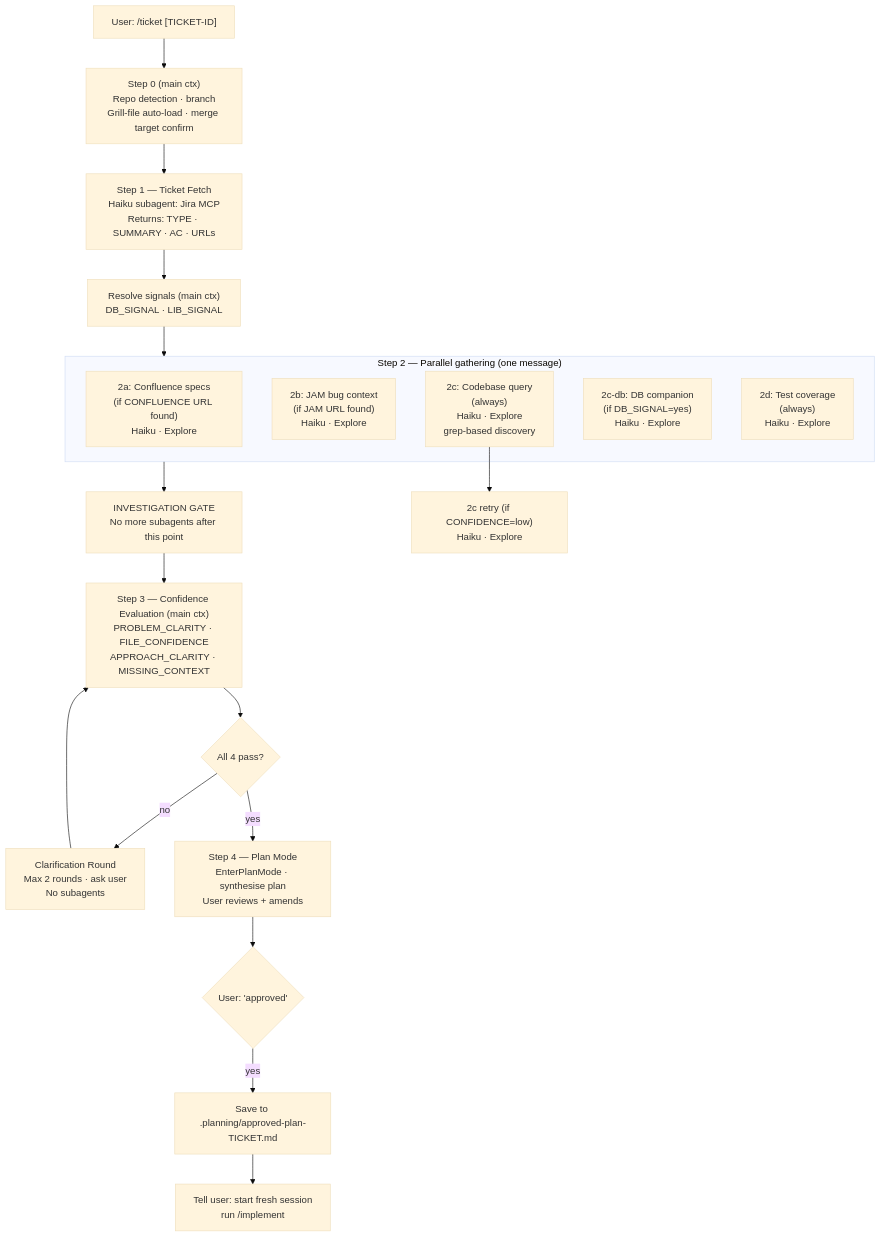
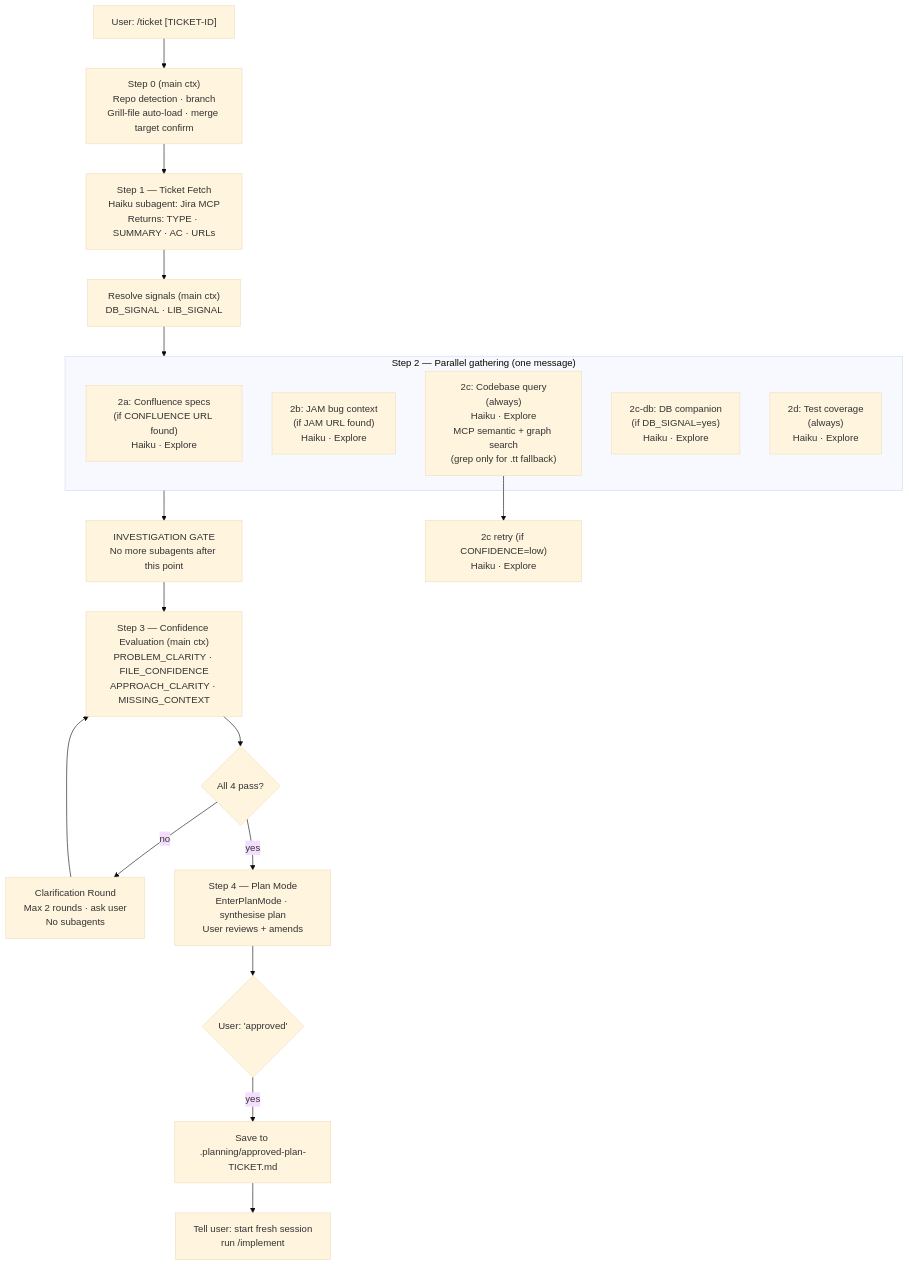
One commit to ahsan0444/jintech-omg-dev changed the fourth of 9 diagrams in WORKFLOW.md. Above: the diagram before and after it, drawn with Mermaid (base theme). The commit also changed other lines of this file and 7 other files, not shown here.

````diff
--- a/WORKFLOW.md
+++ b/WORKFLOW.md
@@ -96,32 +97,32 @@
 ```mermaid
 flowchart TD
     Start["User: /ticket [TICKET-ID]"]
     S0["Step 0 (main ctx)\nRepo detection · branch\nGrill-file auto-load · merge target confirm"]
     S1["Step 1 — Ticket Fetch\nHaiku subagent: Jira MCP\nReturns: TYPE · SUMMARY · AC · URLs"]
     Signals["Resolve signals (main ctx)\nDB_SIGNAL · LIB_SIGNAL"]
 
     subgraph Parallel["Step 2 — Parallel gathering (one message)"]
         S2a["2a: Confluence specs\n(if CONFLUENCE URL found)\nHaiku · Explore"]
         S2b["2b: JAM bug context\n(if JAM URL found)\nHaiku · Explore"]
-        S2c["2c: Codebase query\n(always)\nHaiku · Explore\ngrep-based discovery"]
+        S2c["2c: Codebase query\n(always)\nHaiku · Explore\nMCP semantic + graph search\n(grep only for .tt fallback)"]
         S2cdb["2c-db: DB companion\n(if DB_SIGNAL=yes)\nHaiku · Explore"]
         S2d["2d: Test coverage\n(always)\nHaiku · Explore"]
     end
 
     Gate["INVESTIGATION GATE\nNo more subagents after this point"]
     S3["Step 3 — Confidence Evaluation (main ctx)\nPROBLEM_CLARITY · FILE_CONFIDENCE\nAPPROACH_CLARITY · MISSING_CONTEXT"]
     Clarify{"All 4 pass?"}
     ClarRound["Clarification Round\nMax 2 rounds · ask user\nNo subagents"]
     S4["Step 4 — Plan Mode\nEnterPlanMode · synthesise plan\nUser reviews + amends"]
     Approve{"User: 'approved'"}
     Save["Save to .planning/approved-plan-TICKET.md"]
     NextUp["Tell user: start fresh session\nrun /implement"]
 
     Retry["2c retry (if CONFIDENCE=low)\nHaiku · Explore"]
 
     Start --> S0 --> S1 --> Signals --> Parallel
     S2c --> Retry
     Parallel --> Gate --> S3 --> Clarify
     Clarify -->|no| ClarRound --> S3
     Clarify -->|yes| S4 --> Approve -->|yes| Save --> NextUp
 ```
````
